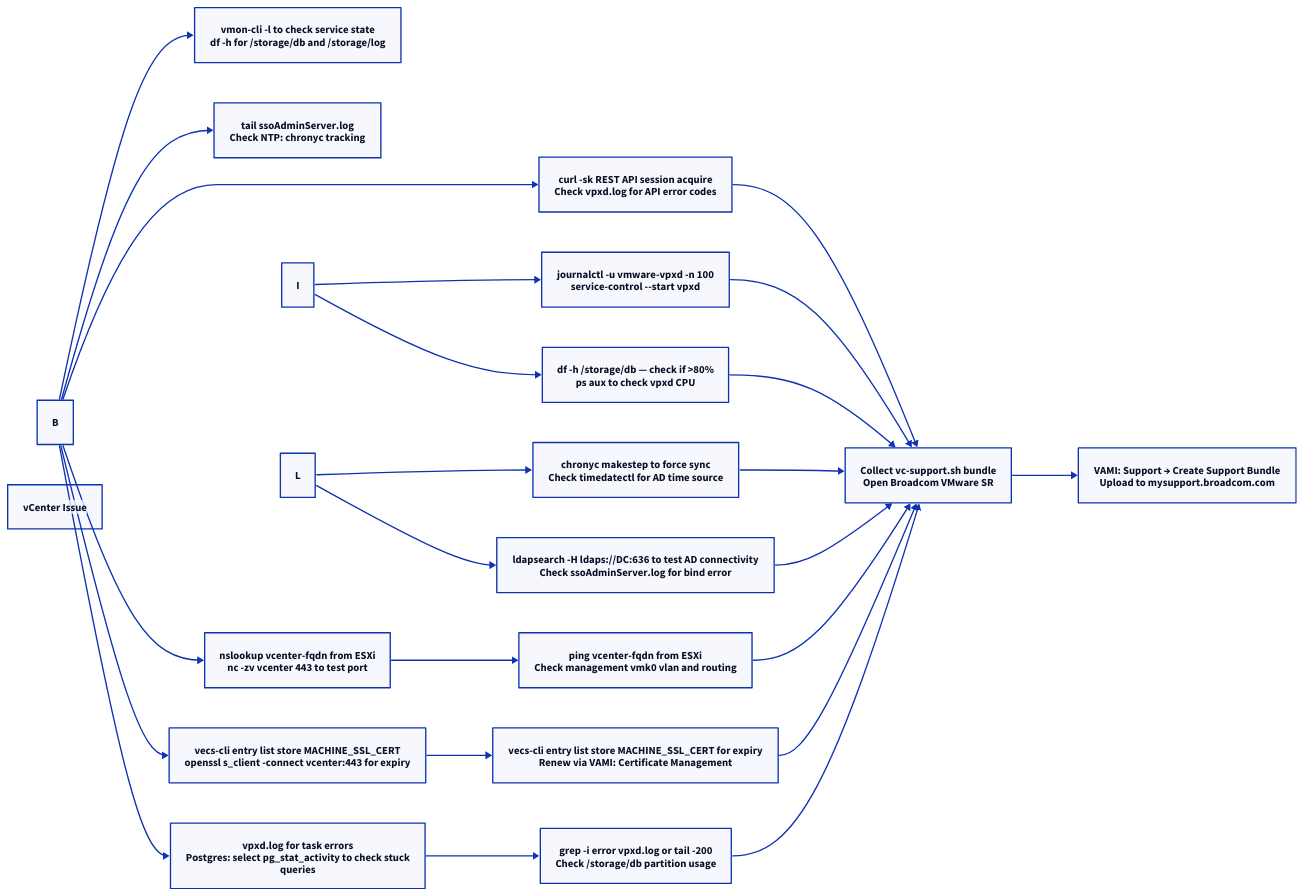
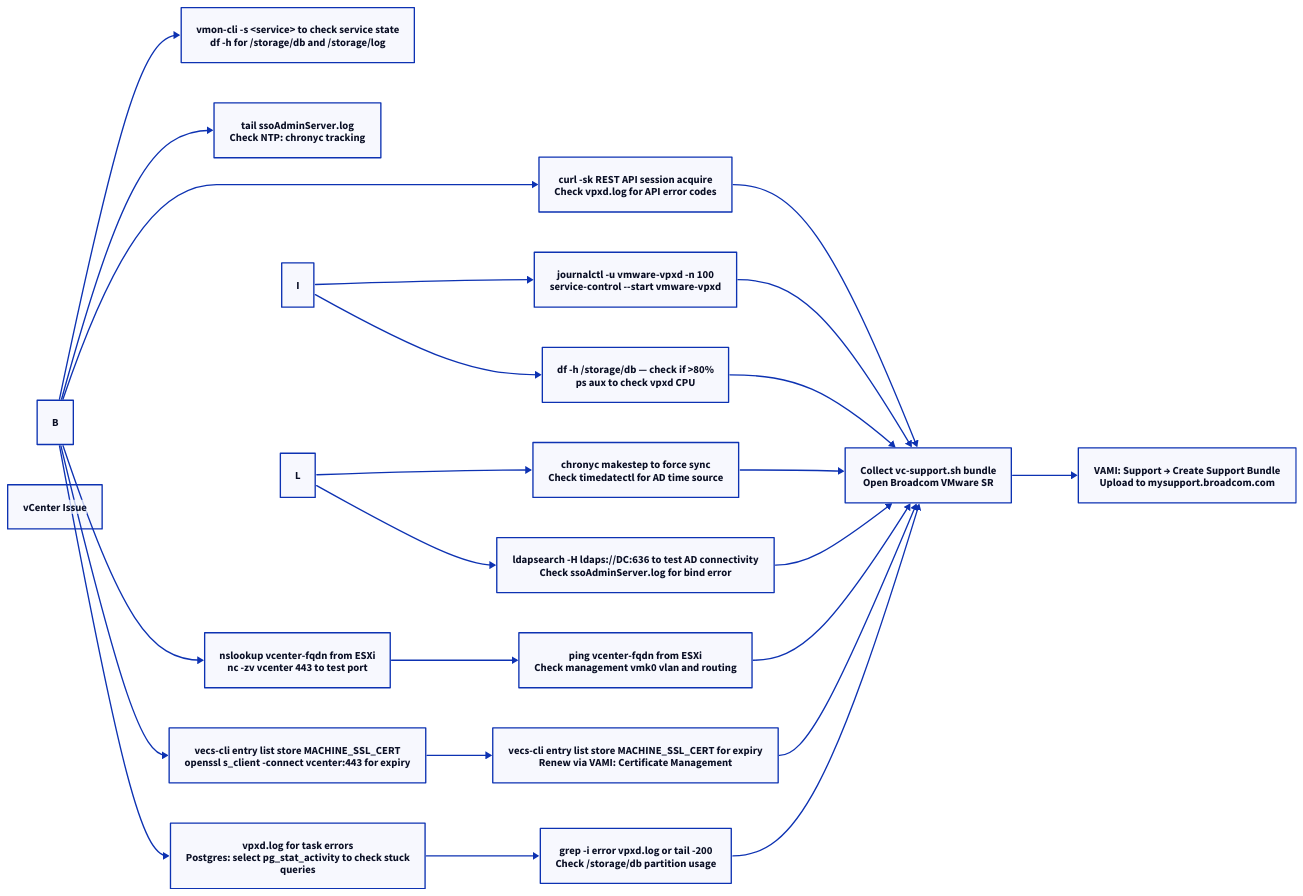
The first of 2 diagrams in docs/virtualization/vmware/products/vcenter/troubleshooting/diagnostics.md (canast01/chris-kb), drawn with D2 before and after one commit. The commit also changed other lines of this file and 141 other files, not shown here.

````diff
--- a/docs/virtualization/vmware/products/vcenter/troubleshooting/diagnostics.md
+++ b/docs/virtualization/vmware/products/vcenter/troubleshooting/diagnostics.md
@@ -20,46 +20,46 @@
 ```d2
 direction: right
 
 B: "B" {shape: rectangle}
-C: "vmon-cli -l to check service state\ndf -h for /storage/db and /storage/log" {shape: rectangle}
+C: "vmon-cli -s <service> to check service state\ndf -h for /storage/db and /storage/log" {shape: rectangle}
 D: "tail ssoAdminServer.log\nCheck NTP: chronyc tracking" {shape: rectangle}
 E: "nslookup vcenter-fqdn from ESXi\nnc -zv vcenter 443 to test port" {shape: rectangle}
 F: "vecs-cli entry list store MACHINE_SSL_CERT\nopenssl s_client -connect vcenter:443 for expiry" {shape: rectangle}
 G: "vpxd.log for task errors\nPostgres: select pg_stat_activity to check stuck\nqueries" {shape: rectangle}
 H: "curl -sk REST API session acquire\nCheck vpxd.log for API error codes" {shape: rectangle}
 I: "I" {shape: rectangle}
-J: "journalctl -u vmware-vpxd -n 100\nservice-control --start vpxd" {shape: rectangle}
+J: "journalctl -u vmware-vpxd -n 100\nservice-control --start vmware-vpxd" {shape: rectangle}
 K: "df -h /storage/db — check if >80%\nps aux to check vpxd CPU" {shape: rectangle}
 L: "L" {shape: rectangle}
 M: "chronyc makestep to force sync\nCheck timedatectl for AD time source" {shape: rectangle}
 N: "ldapsearch -H ldaps://DC:636 to test AD connectivity\nCheck ssoAdminServer.log for bind error" {shape: rectangle}
 O: "ping vcenter-fqdn from ESXi\nCheck management vmk0 vlan and routing" {shape: rectangle}
 P: "vecs-cli entry list store MACHINE_SSL_CERT for expiry\nRenew via VAMI: Certificate Management" {shape: rectangle}
 Q: "grep -i error vpxd.log or tail -200\nCheck /storage/db partition usage" {shape: rectangle}
 R: "Collect vc-support.sh bundle\nOpen Broadcom VMware SR" {shape: rectangle}
 S: "VAMI: Support → Create Support Bundle\nUpload to mysupport.broadcom.com" {shape: rectangle}
 A: "vCenter Issue" {shape: rectangle}
 
 B -> C
 B -> D
 B -> E
 B -> F
 B -> G
 B -> H
 I -> J
 I -> K
 L -> M
 L -> N
 E -> O
 F -> P
 G -> Q
 H -> R
 J -> R
 K -> R
 M -> R
 N -> R
 O -> R
 P -> R
 Q -> R
 R -> S
 ```
````
